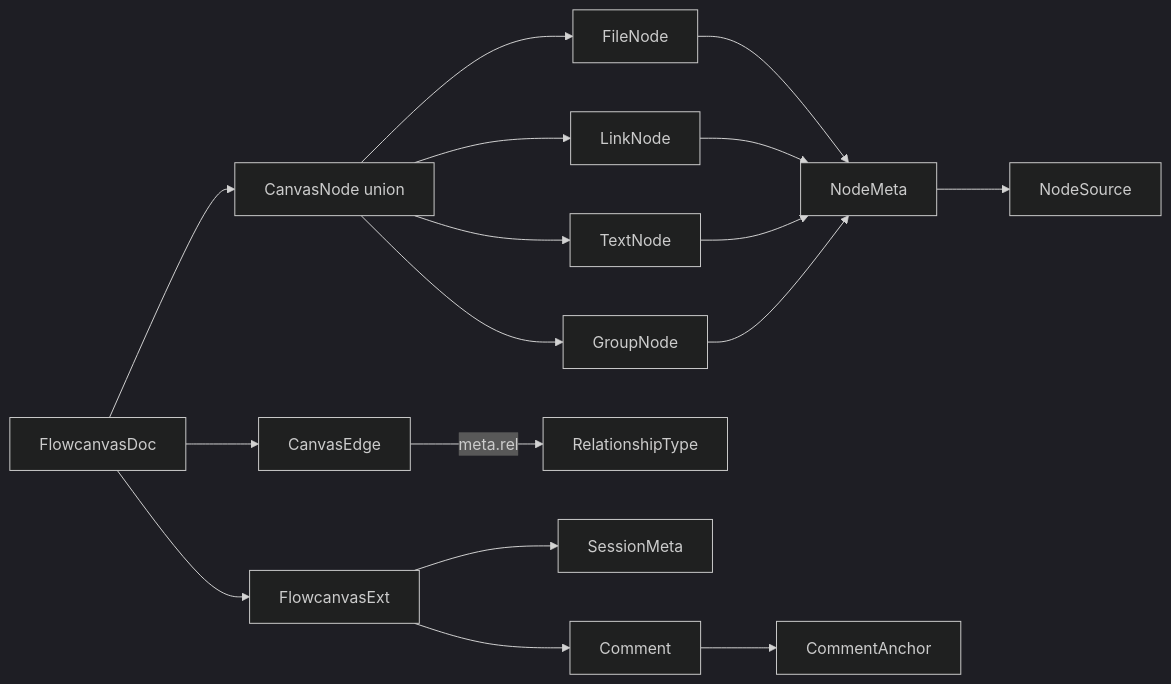
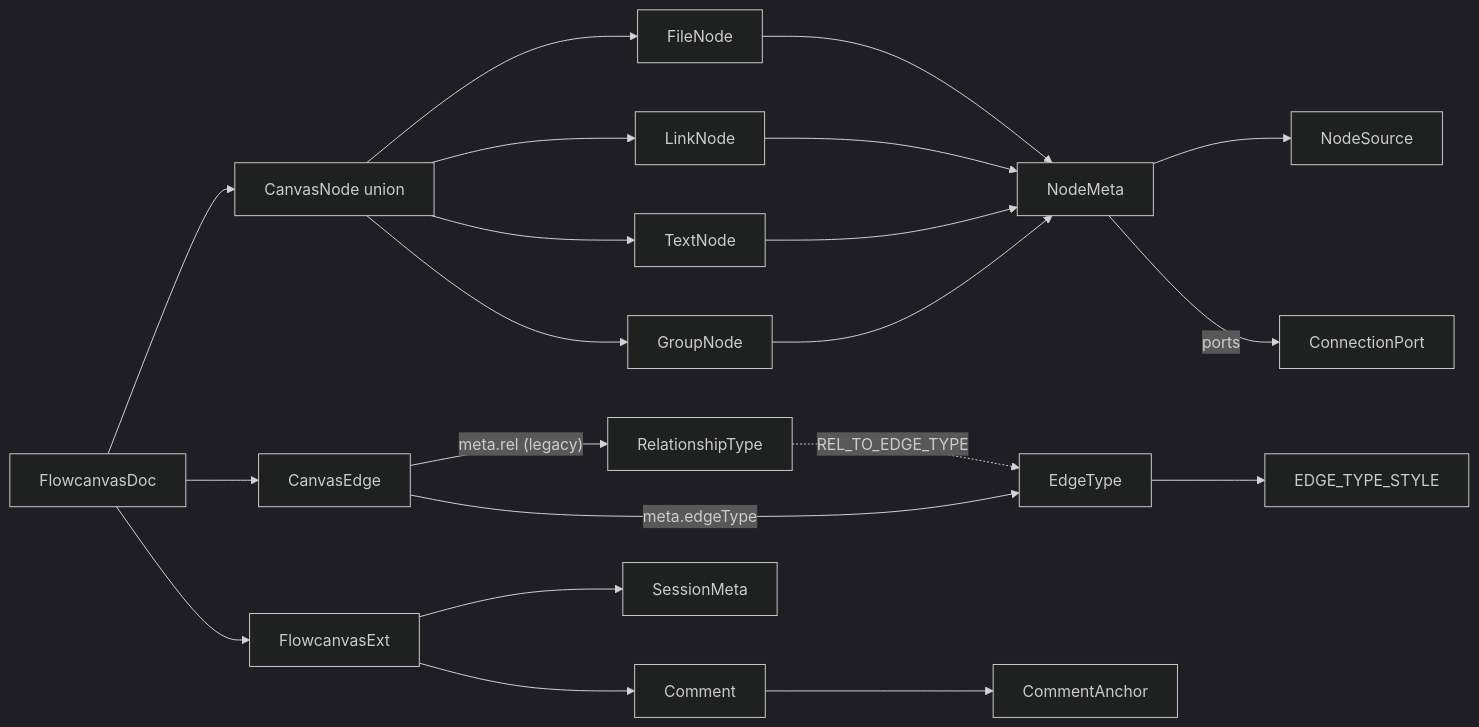
The diagram in .flowcode/project/modules/schema.md (david-ds-teles/flowcanvas), drawn with Mermaid (dark theme) before and after one commit. The commit also changed other lines of this file and 58 other files, not shown here.

First line of the commit message:
feat(canvas): semantic edges + connection ports (006-semantic-edges)

````diff
--- a/.flowcode/project/modules/schema.md
+++ b/.flowcode/project/modules/schema.md
@@ -25,20 +25,24 @@
 ```mermaid
 flowchart LR
     FD["FlowcanvasDoc"]
     FD --> CN["CanvasNode union"]
     FD --> CE["CanvasEdge"]
     FD --> FE["FlowcanvasExt"]
     CN --> FN["FileNode"]
     CN --> LN["LinkNode"]
     CN --> TN["TextNode"]
     CN --> GN["GroupNode"]
     FN --> NM["NodeMeta"]
     LN --> NM
     TN --> NM
     GN --> NM
     NM --> NS["NodeSource"]
-    CE -->|"meta.rel"| RT["RelationshipType"]
+    NM -->|"ports"| CP["ConnectionPort"]
+    CE -->|"meta.rel (legacy)"| RT["RelationshipType"]
+    CE -->|"meta.edgeType"| ET["EdgeType"]
+    ET --> ETS["EDGE_TYPE_STYLE"]
+    RT -.->|"REL_TO_EDGE_TYPE"| ET
     FE --> SM["SessionMeta"]
     FE --> CO["Comment"]
     CO --> CA["CommentAnchor"]
 ```
````
